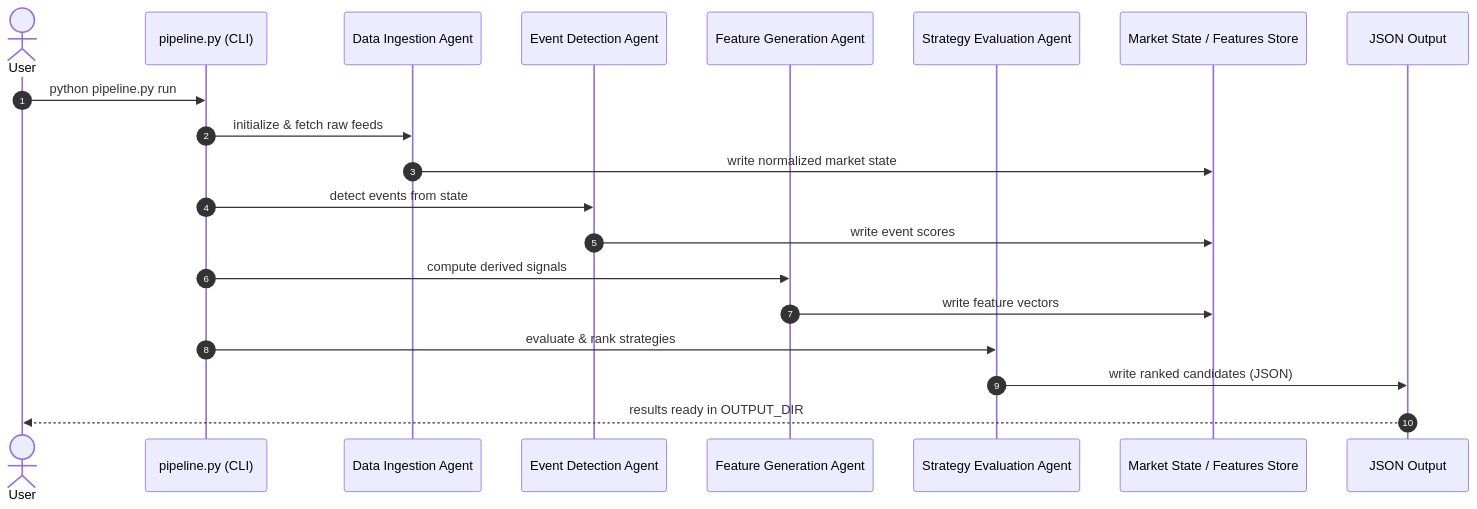
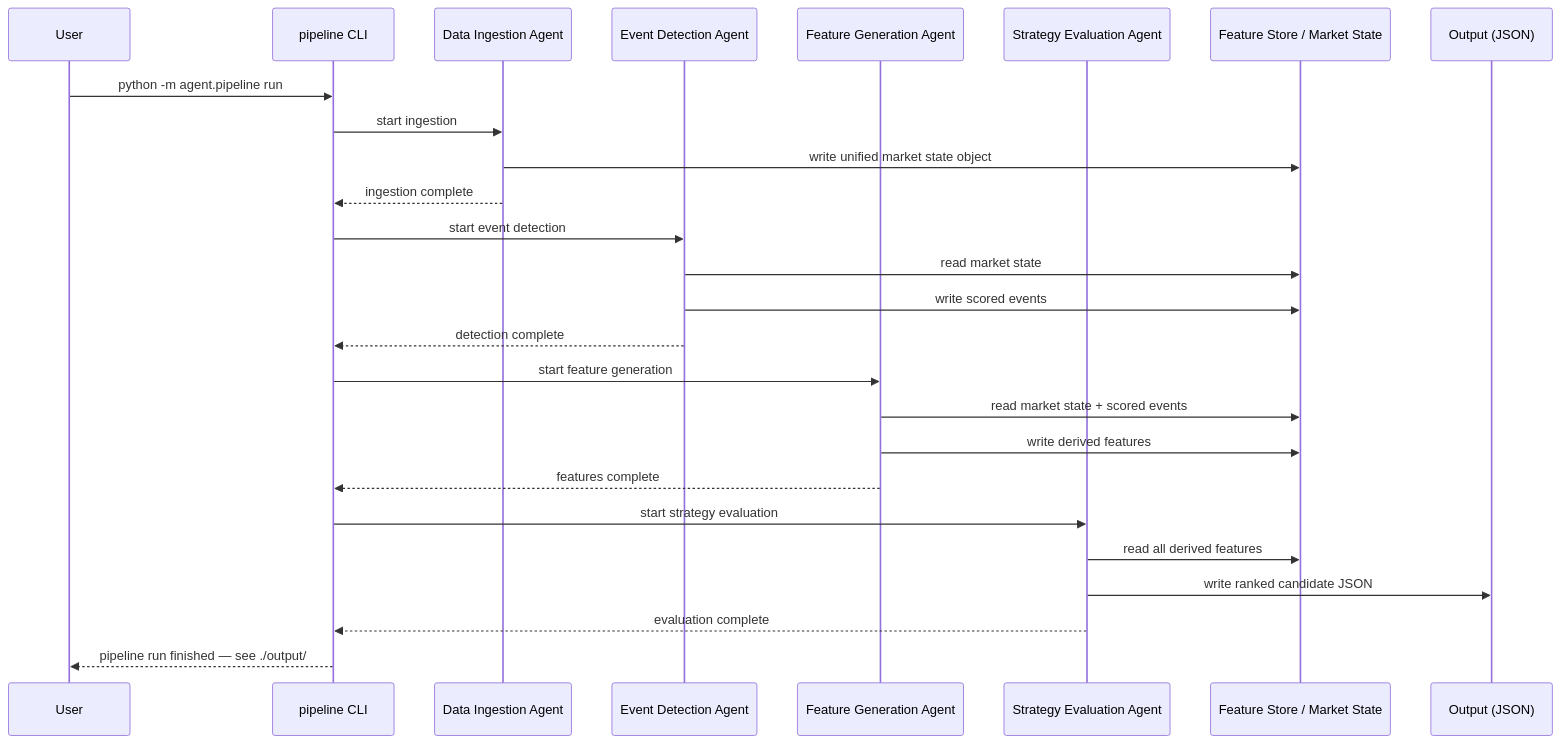
One commit to jeisenback/golden_boy_peanuts changed the second of 2 diagrams in docs/generated/user_guide_full-pipeline.md. Above: the diagram before and after it, drawn with Mermaid. The commit also changed other lines of this file, not shown here.

Commit message:
docs: regenerate user guide [skip ci]

````diff
--- a/docs/generated/user_guide_full-pipeline.md
+++ b/docs/generated/user_guide_full-pipeline.md
@@ -225,23 +222,29 @@
 ```mermaid
 sequenceDiagram
-    autonumber
-    actor User
-    participant CLI as pipeline.py (CLI)
+    participant User
+    participant CLI as pipeline CLI
     participant DIA as Data Ingestion Agent
     participant EDA as Event Detection Agent
     participant FGA as Feature Generation Agent
     participant SEA as Strategy Evaluation Agent
-    participant Store as Market State / Features Store
-    participant Out as JSON Output
+    participant FS as Feature Store / Market State
+    participant OUT as Output (JSON)
 
-    User->>CLI: python pipeline.py run
-    CLI->>DIA: initialize & fetch raw feeds
-    DIA->>Store: write normalized market state
-    CLI->>EDA: detect events from state
-    EDA->>Store: write event scores
-    CLI->>FGA: compute derived signals
-    FGA->>Store: write feature vectors
-    CLI->>SEA: evaluate & rank strategies
-    SEA->>Out: write ranked candidates (JSON)
-    Out-->>User: results ready in OUTPUT_DIR
+    User->>CLI: python -m agent.pipeline run
+    CLI->>DIA: start ingestion
+    DIA->>FS: write unified market state object
+    DIA-->>CLI: ingestion complete
+    CLI->>EDA: start event detection
+    EDA->>FS: read market state
+    EDA->>FS: write scored events
+    EDA-->>CLI: detection complete
+    CLI->>FGA: start feature generation
+    FGA->>FS: read market state + scored events
+    FGA->>FS: write derived features
+    FGA-->>CLI: features complete
+    CLI->>SEA: start strategy evaluation
+    SEA->>FS: read all derived features
+    SEA->>OUT: write ranked candidate JSON
+    SEA-->>CLI: evaluation complete
+    CLI-->>User: pipeline run finished — see ./output/
 ```
````
